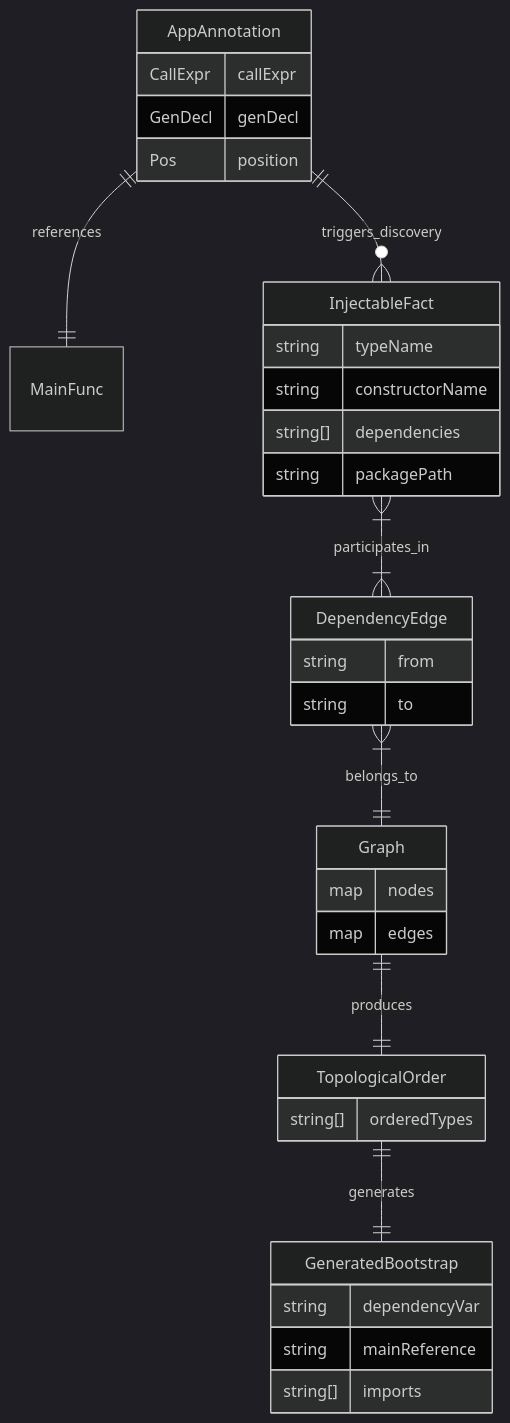
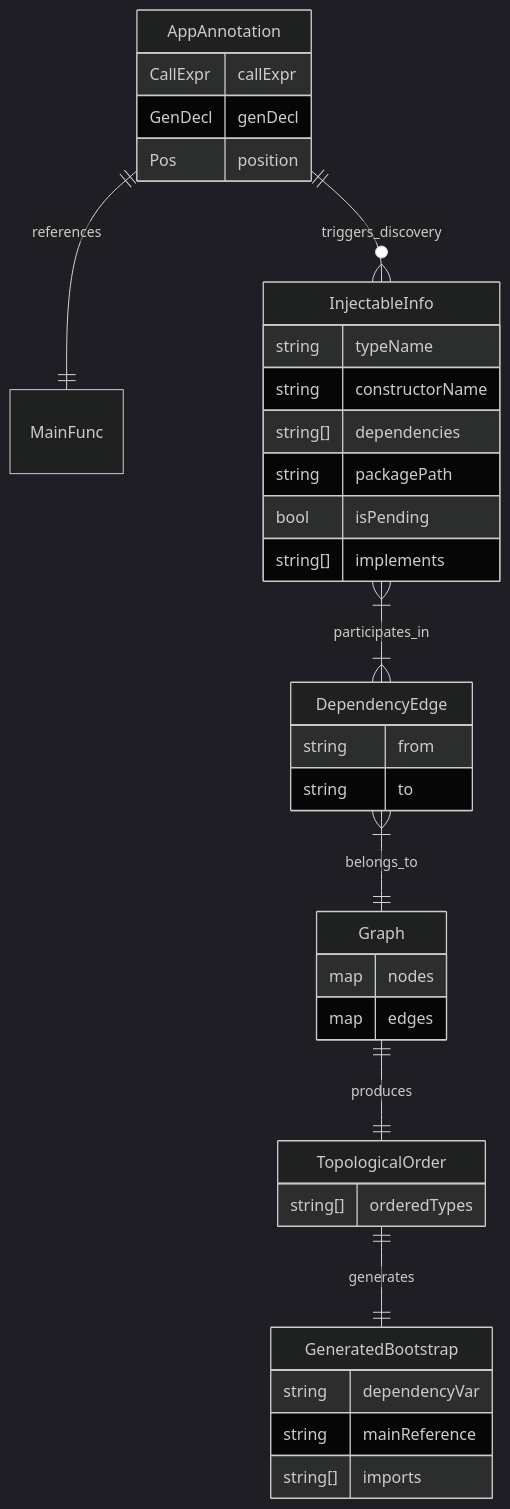
One commit to miyamo2/braider changed the fourth of 4 diagrams in .kiro/specs/bootstrap-with-app-annotation/design.md. Above: the diagram before and after it, drawn with Mermaid (dark theme). The commit also changed other lines of this file and 1 other file, not shown here.

First line of the commit message:
docs(spec): refine design for bootstrap-with-app-annotation feature

````diff
--- a/.kiro/specs/bootstrap-with-app-annotation/design.md
+++ b/.kiro/specs/bootstrap-with-app-annotation/design.md
@@ -882,42 +961,44 @@
 ```mermaid
 erDiagram
     AppAnnotation ||--|| MainFunc : references
-    AppAnnotation ||--o{ InjectableFact : triggers_discovery
-    InjectableFact }|--|{ DependencyEdge : participates_in
+    AppAnnotation ||--o{ InjectableInfo : triggers_discovery
+    InjectableInfo }|--|{ DependencyEdge : participates_in
     DependencyEdge }|--|| Graph : belongs_to
     Graph ||--|| TopologicalOrder : produces
     TopologicalOrder ||--|| GeneratedBootstrap : generates
 
     AppAnnotation {
         CallExpr callExpr
         GenDecl genDecl
         Pos position
     }
 
-    InjectableFact {
+    InjectableInfo {
         string typeName
         string constructorName
         string[] dependencies
         string packagePath
+        bool isPending
+        string[] implements
     }
 
     DependencyEdge {
         string from
         string to
     }
 
     Graph {
         map nodes
         map edges
     }
 
     TopologicalOrder {
         string[] orderedTypes
     }
 
     GeneratedBootstrap {
         string dependencyVar
         string mainReference
         string[] imports
     }
 ```
````
